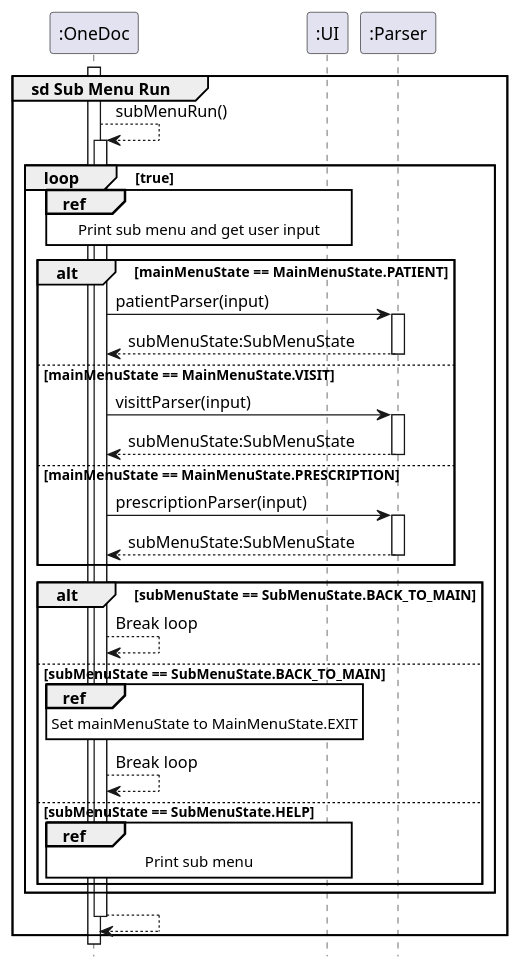
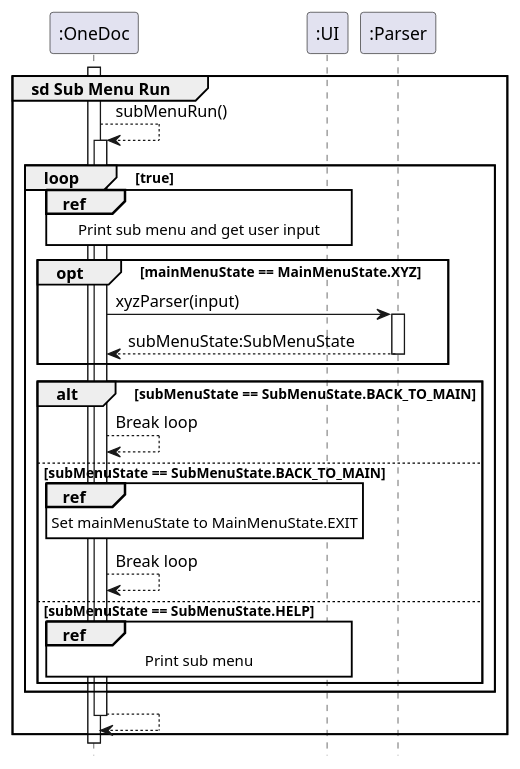
One commit to nus-cs2113-AY2223S1/tp changed the diagram in docs/diagrams/OneDocSubMenuRefSequenceDiagram.puml. Above: the diagram before and after it, drawn with PlantUML. The commit also changed 2 other files, not shown here.

Commit message:
Simplify the sequence diagrams and align the images to top

```diff
--- a/docs/diagrams/OneDocSubMenuRefSequenceDiagram.puml
+++ b/docs/diagrams/OneDocSubMenuRefSequenceDiagram.puml
@@ -1,52 +1,44 @@
 @startuml
 hide footbox
 skinparam sequenceReferenceBackgroundColor #White
 
 participant ":OneDoc" as A
 participant ":UI" as B
 participant ":Parser" as C
 
 activate A
 
 group sd Sub Menu Run
     A --> A : subMenuRun()
 
     activate A
 
     loop true
         ref over A, B
             Print sub menu and get user input
         end
 
-        alt mainMenuState == MainMenuState.PATIENT
-            A -> C : patientParser(input)
-            activate C
-            return subMenuState:SubMenuState
-        else mainMenuState == MainMenuState.VISIT
-             A -> C : visittParser(input)
-             activate C
-             return subMenuState:SubMenuState
-        else mainMenuState == MainMenuState.PRESCRIPTION
-            A -> C : prescriptionParser(input)
+        opt mainMenuState == MainMenuState.XYZ
+            A -> C : xyzParser(input)
             activate C
             return subMenuState:SubMenuState
         end
 
         alt subMenuState == SubMenuState.BACK_TO_MAIN
             A --> A : Break loop
         else subMenuState == SubMenuState.BACK_TO_MAIN
             ref over A
                 Set mainMenuState to MainMenuState.EXIT
             end
             A --> A : Break loop
         else subMenuState == SubMenuState.HELP
             ref over A,B
                 Print sub menu
             end
         end
     end
     return
 end
 
 deactivate A
 @enduml
```
